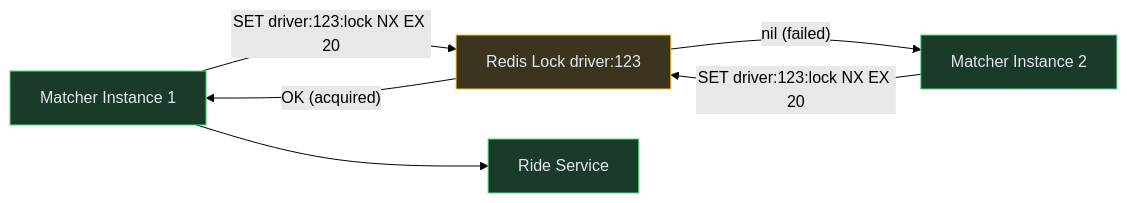
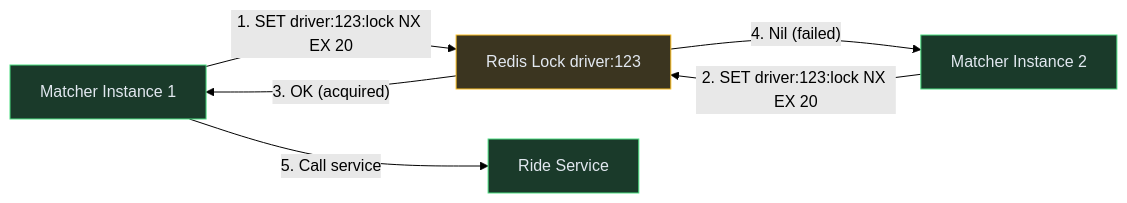
Before and after one commit to iluzn/HLD-Designs: the ninth of 11 diagrams in content/hld/Uber.md, drawn with Mermaid (forest theme). The commit also changed other lines of this file and 27 other files, not shown here.

````diff
--- a/content/hld/Uber.md
+++ b/content/hld/Uber.md
@@ -482,16 +482,16 @@
 ```mermaid
 flowchart LR
     MS1["Matcher Instance 1"]:::service
     MS2["Matcher Instance 2"]:::service
     LOCK["Redis Lock driver:123"]:::data
     RS["Ride Service"]:::service
 
-    MS1 -->|"SET driver:123:lock NX EX 20"| LOCK
-    MS2 -->|"SET driver:123:lock NX EX 20"| LOCK
-    LOCK -->|"OK (acquired)"| MS1
-    LOCK -->|"nil (failed)"| MS2
-    MS1 --> RS
+    MS1 -->|"1. SET driver:123:lock NX EX 20"| LOCK
+    MS2 -->|"2. SET driver:123:lock NX EX 20"| LOCK
+    LOCK -->|"3. OK (acquired)"| MS1
+    LOCK -->|"4. Nil (failed)"| MS2
+    MS1 -->|"5. Call service"| RS
 
     classDef service fill:#1a3a2a,stroke:#4ade80,color:#e2e8f0
     classDef data fill:#3b3520,stroke:#fbbf24,color:#e2e8f0
 ```
````
